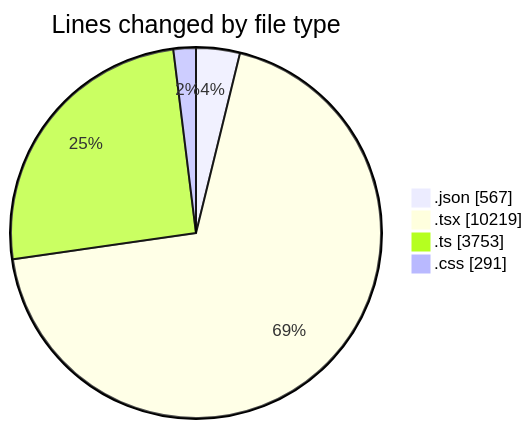
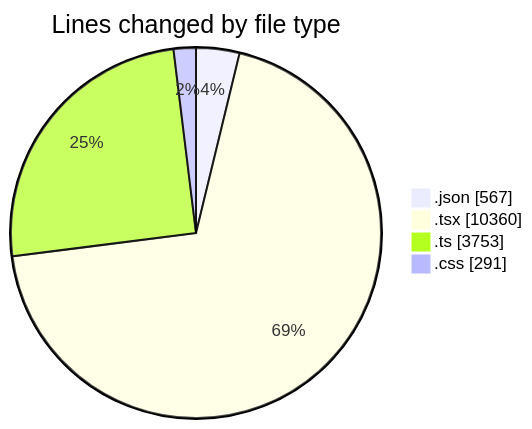
One commit to julien-gomy/code-tracking changed the first of 2 diagrams in 2025-10-07/eventscop-frontend-guide__workspace_/README.md. Above: the diagram before and after it, drawn with Mermaid. The commit also changed other lines of this file and 1 other file, not shown here.

````diff
--- a/2025-10-07/eventscop-frontend-guide__workspace_/README.md
+++ b/2025-10-07/eventscop-frontend-guide__workspace_/README.md
@@ -92,8 +93,8 @@
 ```mermaid
 pie showData
 title Lines changed by file type
 ".json" : 567
-".tsx" : 10219
+".tsx" : 10360
 ".ts" : 3753
 ".css" : 291
 ```
````
